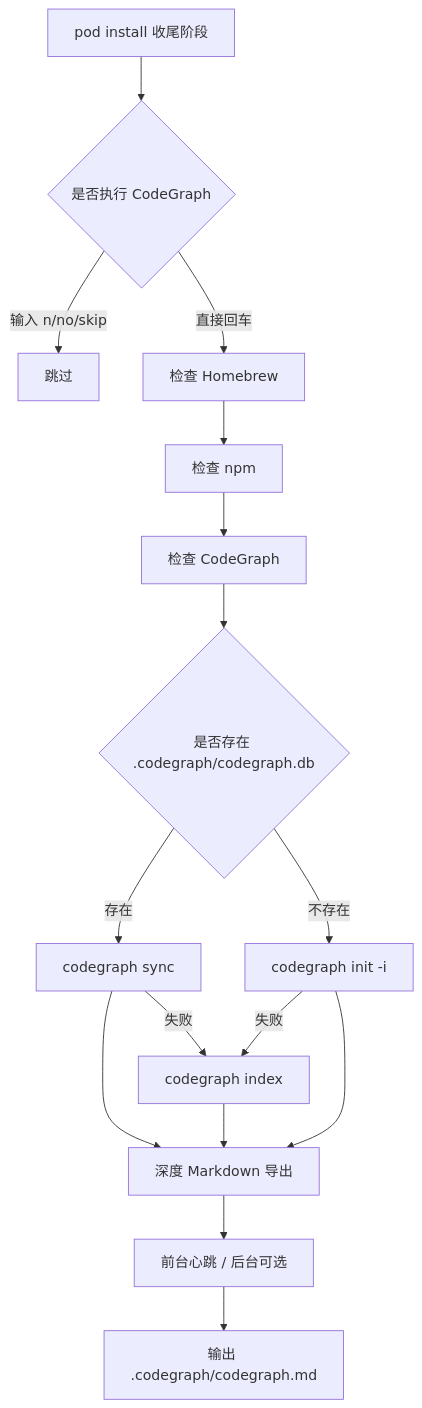
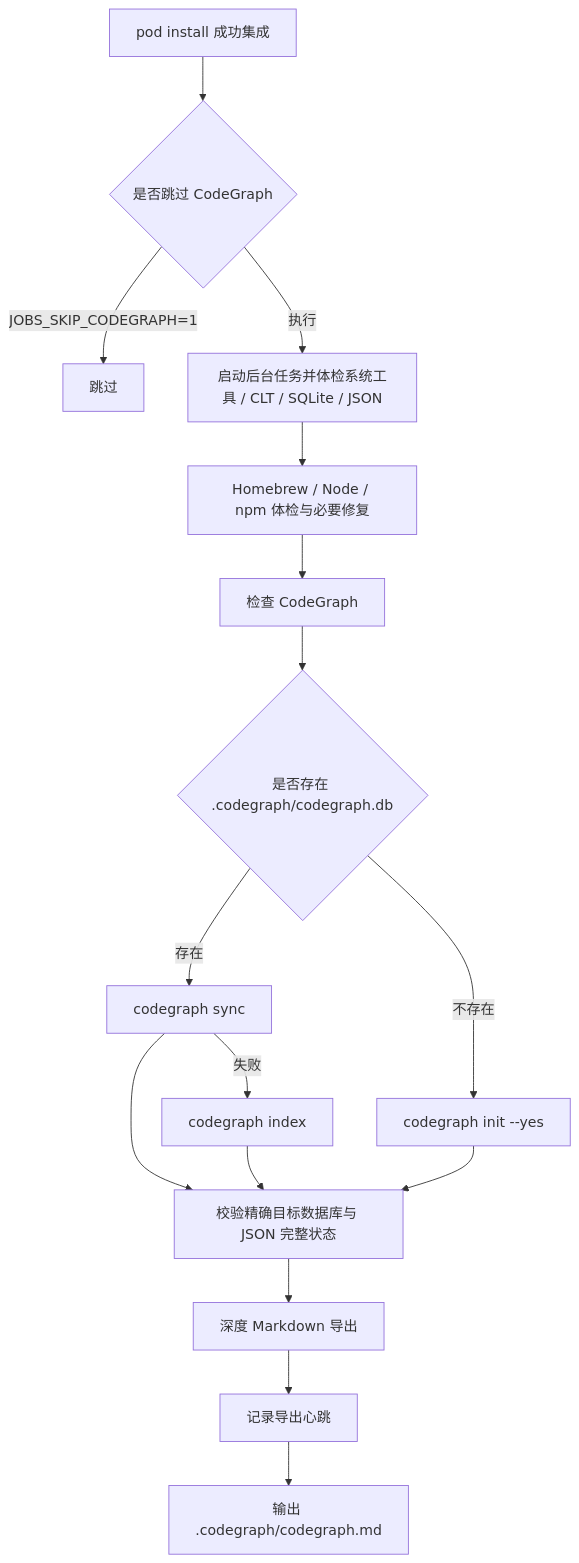
The diagram in ScriptsByPods/codegraph_init.command/README.md (JobsKits/JobsOCBaseConfigDemo), drawn with Mermaid before and after one commit. The commit also changed other lines of this file and 8 other files, not shown here.

````diff
--- a/ScriptsByPods/codegraph_init.command/README.md
+++ b/ScriptsByPods/codegraph_init.command/README.md
@@ -37,18 +50,18 @@
 ```mermaid
 flowchart TD
-  A[pod install 收尾阶段] --> B{是否执行 CodeGraph}
-  B -->|输入 n/no/skip| C[跳过]
-  B -->|直接回车| D[检查 Homebrew]
-  D --> E[检查 npm]
+  A[pod install 成功集成] --> B{是否跳过 CodeGraph}
+  B -->|JOBS_SKIP_CODEGRAPH=1| C[跳过]
+  B -->|执行| D[启动后台任务并体检系统工具 / CLT / SQLite / JSON]
+  D --> E[Homebrew / Node / npm 体检与必要修复]
   E --> F[检查 CodeGraph]
   F --> G{是否存在 .codegraph/codegraph.db}
   G -->|存在| H[codegraph sync]
   H -->|失败| I[codegraph index]
-  G -->|不存在| J[codegraph init -i]
-  J -->|失败| I
-  H --> K[深度 Markdown 导出]
-  I --> K
-  J --> K
-  K --> L[前台心跳 / 后台可选]
+  G -->|不存在| J[codegraph init --yes]
+  H --> V[校验精确目标数据库与 JSON 完整状态]
+  I --> V
+  J --> V
+  V --> K[深度 Markdown 导出]
+  K --> L[记录导出心跳]
   L --> M[输出 .codegraph/codegraph.md]
 ```
````
